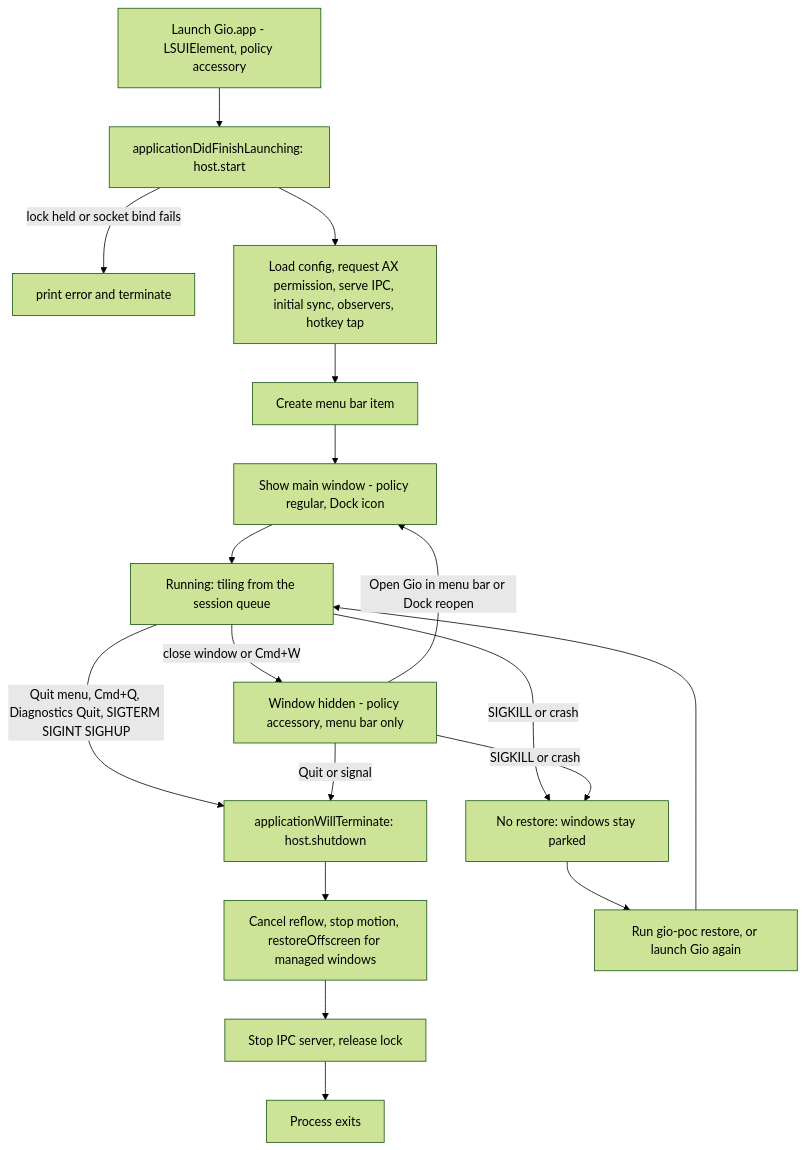
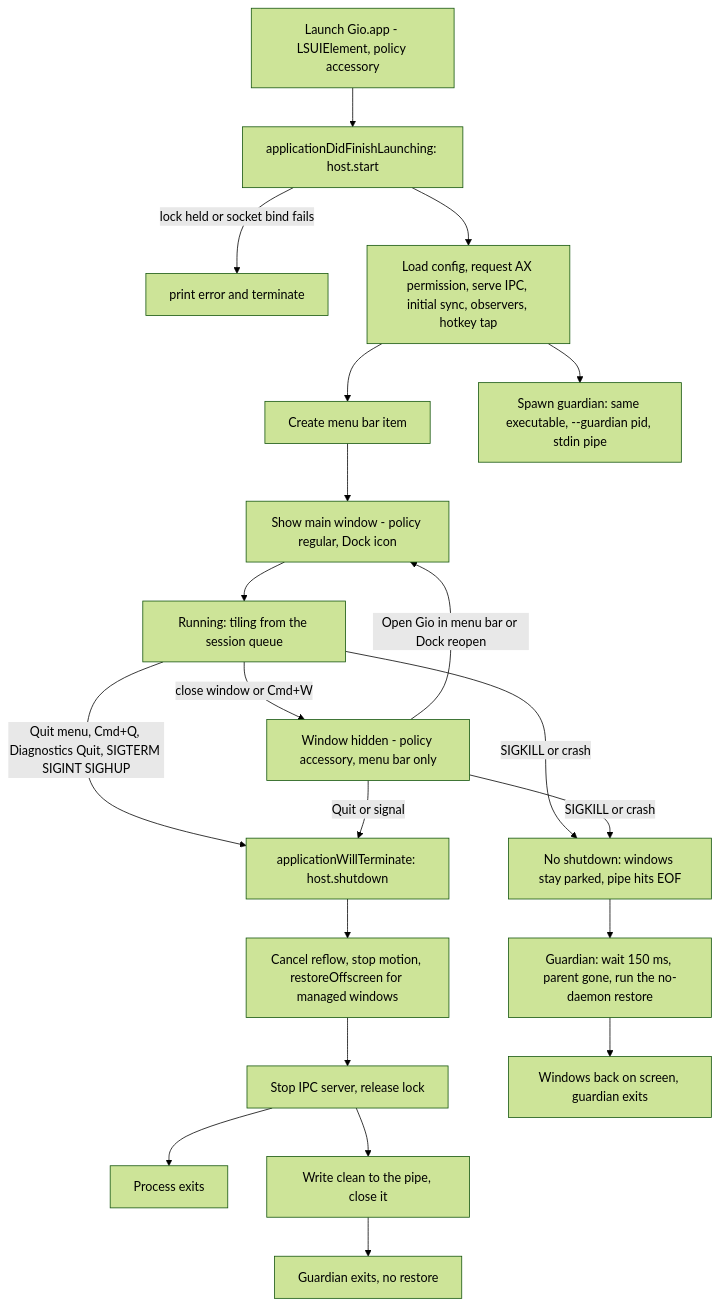
One commit to ismaelosuna7824/gio changed the fifth of 5 diagrams in docs/ARCHITECTURE.md. Above: the diagram before and after it, drawn with Mermaid (forest theme). The commit also changed other lines of this file and 8 other files, not shown here.

Commit message:
feat(desktop): guardian process restores windows when Gio dies abruptly

````diff
--- a/docs/ARCHITECTURE.md
+++ b/docs/ARCHITECTURE.md
@@ -285,20 +285,23 @@
 ```mermaid
 flowchart TD
     Launch["Launch Gio.app - LSUIElement, policy accessory"] --> Start["applicationDidFinishLaunching: host.start"]
     Start -->|"lock held or socket bind fails"| Fail["print error and terminate"]
     Start --> Init["Load config, request AX permission, serve IPC, initial sync, observers, hotkey tap"]
     Init --> Bar["Create menu bar item"]
     Bar --> Show["Show main window - policy regular, Dock icon"]
     Show --> Run["Running: tiling from the session queue"]
     Run -->|"close window or Cmd+W"| Hidden["Window hidden - policy accessory, menu bar only"]
     Hidden -->|"Open Gio in menu bar or Dock reopen"| Show
     Run -->|"Quit menu, Cmd+Q, Diagnostics Quit, SIGTERM SIGINT SIGHUP"| Term["applicationWillTerminate: host.shutdown"]
     Hidden -->|"Quit or signal"| Term
     Term --> Restore["Cancel reflow, stop motion, restoreOffscreen for managed windows"]
     Restore --> Release["Stop IPC server, release lock"]
     Release --> Exit["Process exits"]
-    Run -->|"SIGKILL or crash"| Dead["No restore: windows stay parked"]
+    Init --> Spawn["Spawn guardian: same executable, --guardian pid, stdin pipe"]
+    Release --> Clean["Write clean to the pipe, close it"]
+    Clean --> GuardOk["Guardian exits, no restore"]
+    Run -->|"SIGKILL or crash"| Dead["No shutdown: windows stay parked, pipe hits EOF"]
     Hidden -->|"SIGKILL or crash"| Dead
-    Dead --> Recover["Run gio-poc restore, or launch Gio again"]
-    Recover --> Run
+    Dead --> Guard["Guardian: wait 150 ms, parent gone, run the no-daemon restore"]
+    Guard --> Recovered["Windows back on screen, guardian exits"]
 ```
````
